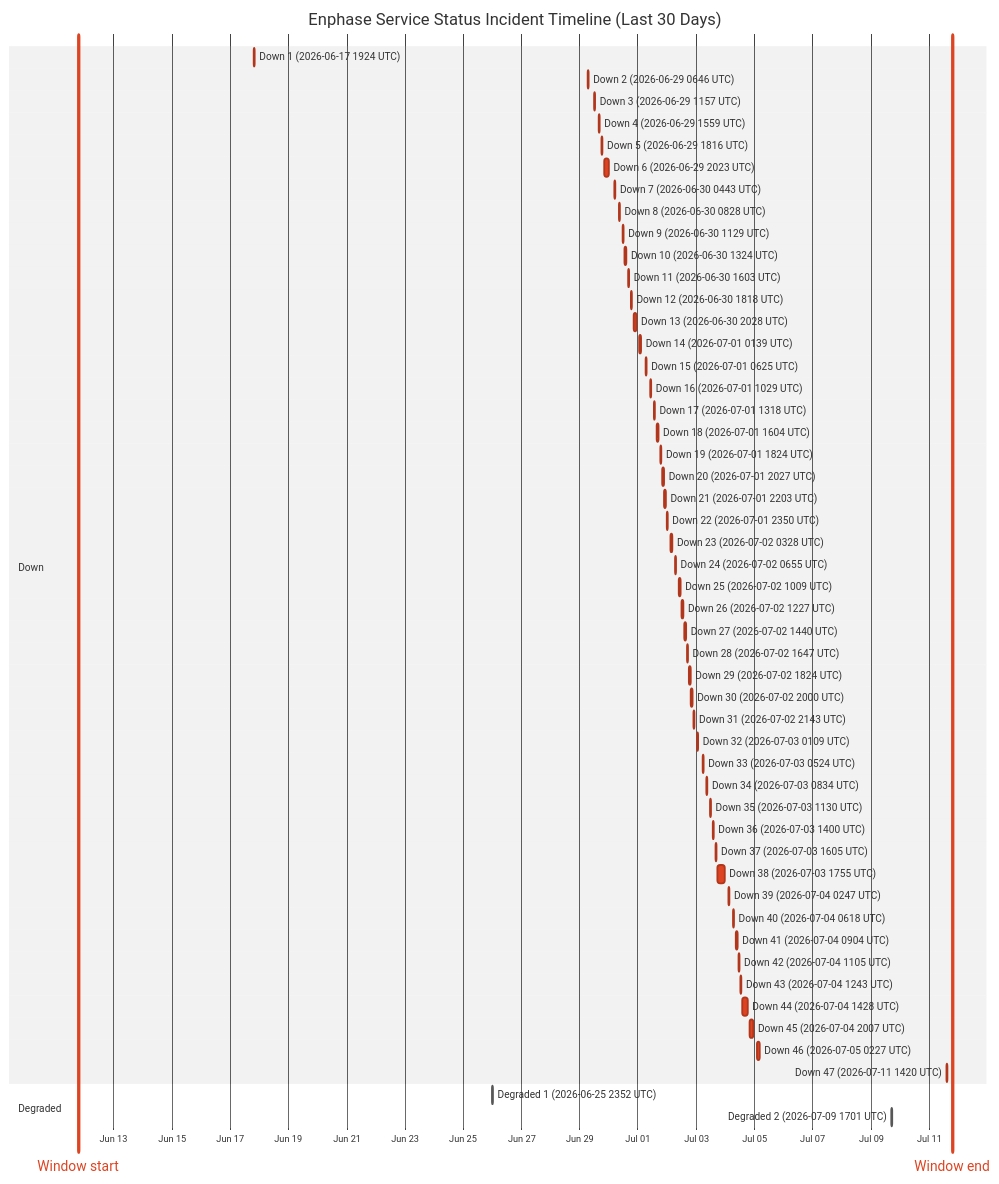
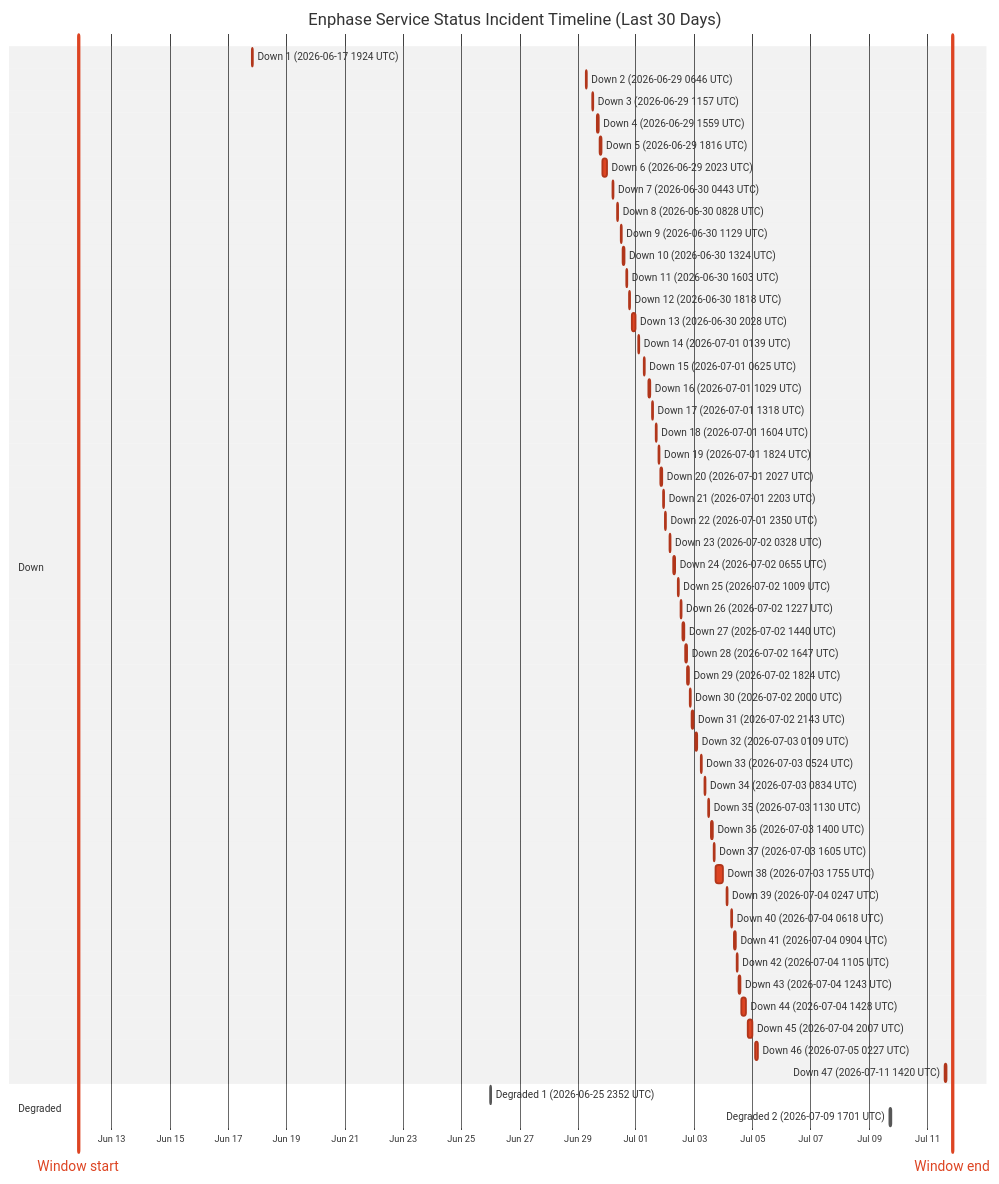
Before and after one commit to barneyonline/ha-enphase-energy: the diagram in wiki/Service-Status-History.md, drawn with Mermaid (neutral theme). The commit also changed other lines of this file and 3 other files, not shown here.

````diff
--- a/wiki/Service-Status-History.md
+++ b/wiki/Service-Status-History.md
@@ -14,59 +14,59 @@
 ```mermaid
 gantt
     title Enphase Service Status Incident Timeline (Last 30 Days)
     dateFormat  YYYY-MM-DDTHH:mm:ss
     axisFormat  %b %d
-    Window start :vert, window-start, 2026-06-11T19:00:56, 0ms
-    Window end :vert, window-end, 2026-07-11T19:00:56, 0ms
+    Window start :vert, window-start, 2026-06-11T20:22:15, 0ms
+    Window end :vert, window-end, 2026-07-11T20:22:15, 0ms
     section Down
     Down 1 (2026-06-17 1924 UTC) :crit, down-1, 2026-06-17T19:24:51, 60m
     Down 2 (2026-06-29 0646 UTC) :crit, down-2, 2026-06-29T06:46:18, 60m
     Down 3 (2026-06-29 1157 UTC) :crit, down-3, 2026-06-29T11:57:36, 60m
     Down 4 (2026-06-29 1559 UTC) :crit, down-4, 2026-06-29T15:59:02, 60m
     Down 5 (2026-06-29 1816 UTC) :crit, down-5, 2026-06-29T18:16:38, 60m
     Down 6 (2026-06-29 2023 UTC) :crit, down-6, 2026-06-29T20:23:16, 220m
     Down 7 (2026-06-30 0443 UTC) :crit, down-7, 2026-06-30T04:43:54, 60m
     Down 8 (2026-06-30 0828 UTC) :crit, down-8, 2026-06-30T08:28:43, 60m
     Down 9 (2026-06-30 1129 UTC) :crit, down-9, 2026-06-30T11:29:15, 60m
     Down 10 (2026-06-30 1324 UTC) :crit, down-10, 2026-06-30T13:24:25, 60m
     Down 11 (2026-06-30 1603 UTC) :crit, down-11, 2026-06-30T16:03:26, 60m
     Down 12 (2026-06-30 1818 UTC) :crit, down-12, 2026-06-30T18:18:39, 60m
     Down 13 (2026-06-30 2028 UTC) :crit, down-13, 2026-06-30T20:28:54, 171m
     Down 14 (2026-07-01 0139 UTC) :crit, down-14, 2026-07-01T01:39:18, 60m
     Down 15 (2026-07-01 0625 UTC) :crit, down-15, 2026-07-01T06:25:35, 60m
     Down 16 (2026-07-01 1029 UTC) :crit, down-16, 2026-07-01T10:29:24, 60m
     Down 17 (2026-07-01 1318 UTC) :crit, down-17, 2026-07-01T13:18:31, 60m
     Down 18 (2026-07-01 1604 UTC) :crit, down-18, 2026-07-01T16:04:29, 60m
     Down 19 (2026-07-01 1824 UTC) :crit, down-19, 2026-07-01T18:24:21, 60m
     Down 20 (2026-07-01 2027 UTC) :crit, down-20, 2026-07-01T20:27:17, 60m
     Down 21 (2026-07-01 2203 UTC) :crit, down-21, 2026-07-01T22:03:46, 60m
     Down 22 (2026-07-01 2350 UTC) :crit, down-22, 2026-07-01T23:50:52, 60m
     Down 23 (2026-07-02 0328 UTC) :crit, down-23, 2026-07-02T03:28:33, 60m
     Down 24 (2026-07-02 0655 UTC) :crit, down-24, 2026-07-02T06:55:07, 60m
     Down 25 (2026-07-02 1009 UTC) :crit, down-25, 2026-07-02T10:09:15, 60m
     Down 26 (2026-07-02 1227 UTC) :crit, down-26, 2026-07-02T12:27:49, 60m
     Down 27 (2026-07-02 1440 UTC) :crit, down-27, 2026-07-02T14:40:53, 60m
     Down 28 (2026-07-02 1647 UTC) :crit, down-28, 2026-07-02T16:47:47, 60m
     Down 29 (2026-07-02 1824 UTC) :crit, down-29, 2026-07-02T18:24:26, 60m
     Down 30 (2026-07-02 2000 UTC) :crit, down-30, 2026-07-02T20:00:57, 60m
     Down 31 (2026-07-02 2143 UTC) :crit, down-31, 2026-07-02T21:43:52, 80m
     Down 32 (2026-07-03 0109 UTC) :crit, down-32, 2026-07-03T01:09:19, 60m
     Down 33 (2026-07-03 0524 UTC) :crit, down-33, 2026-07-03T05:24:23, 60m
     Down 34 (2026-07-03 0834 UTC) :crit, down-34, 2026-07-03T08:34:05, 60m
     Down 35 (2026-07-03 1130 UTC) :crit, down-35, 2026-07-03T11:30:41, 60m
     Down 36 (2026-07-03 1400 UTC) :crit, down-36, 2026-07-03T14:00:48, 60m
     Down 37 (2026-07-03 1605 UTC) :crit, down-37, 2026-07-03T16:05:49, 60m
     Down 38 (2026-07-03 1755 UTC) :crit, down-38, 2026-07-03T17:55:54, 338m
     Down 39 (2026-07-04 0247 UTC) :crit, down-39, 2026-07-04T02:47:22, 60m
     Down 40 (2026-07-04 0618 UTC) :crit, down-40, 2026-07-04T06:18:09, 60m
     Down 41 (2026-07-04 0904 UTC) :crit, down-41, 2026-07-04T09:04:41, 60m
     Down 42 (2026-07-04 1105 UTC) :crit, down-42, 2026-07-04T11:05:21, 60m
     Down 43 (2026-07-04 1243 UTC) :crit, down-43, 2026-07-04T12:43:25, 60m
     Down 44 (2026-07-04 1428 UTC) :crit, down-44, 2026-07-04T14:28:07, 243m
     Down 45 (2026-07-04 2007 UTC) :crit, down-45, 2026-07-04T20:07:50, 206m
     Down 46 (2026-07-05 0227 UTC) :crit, down-46, 2026-07-05T02:27:32, 109m
     Down 47 (2026-07-11 1420 UTC) :crit, down-47, 2026-07-11T14:20:54, 69m
     section Degraded
     Degraded 1 (2026-06-25 2352 UTC) :active, degraded-1, 2026-06-25T23:52:01, 60m
     Degraded 2 (2026-07-09 1701 UTC) :active, degraded-2, 2026-07-09T17:01:02, 60m
 ```
````
